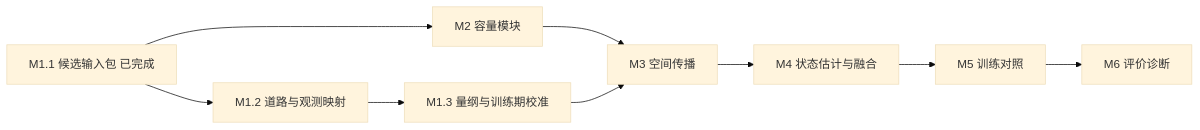
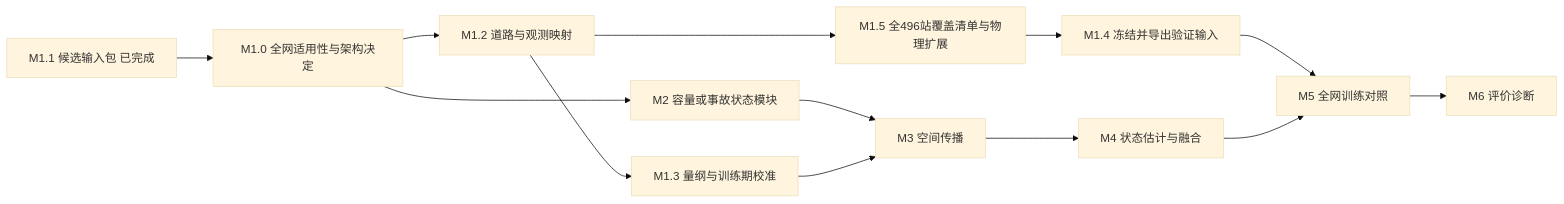
The diagram in docs/incident_capacity_propagation_tasks.md (Serelity/IGSTGNN), drawn with Mermaid (base theme) before and after one commit. The commit also changed other lines of this file and 3 other files, not shown here.

````diff
--- a/docs/incident_capacity_propagation_tasks.md
+++ b/docs/incident_capacity_propagation_tasks.md
@@ -18,11 +38,15 @@
 ```mermaid
 flowchart LR
-  A[M1.1 候选输入包 已完成] --> B[M1.2 道路与观测映射]
-  A --> C[M2 容量模块]
+  A[M1.1 候选输入包 已完成] --> Z[M1.0 全网适用性与架构决定]
+  Z --> B[M1.2 道路与观测映射]
+  Z --> C[M2 容量或事故状态模块]
   B --> D[M1.3 量纲与训练期校准]
   C --> E[M3 空间传播]
   D --> E
   E --> F[M4 状态估计与融合]
-  F --> G[M5 训练对照]
+  B --> W[M1.5 全496站覆盖清单与物理扩展]
+  W --> V[M1.4 冻结并导出验证输入]
+  V --> G[M5 全网训练对照]
+  F --> G
   G --> H[M6 评价诊断]
 ```
````
